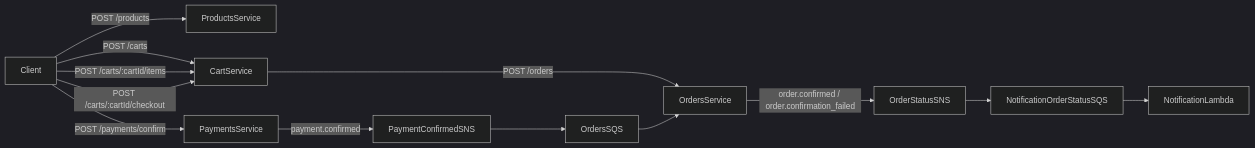
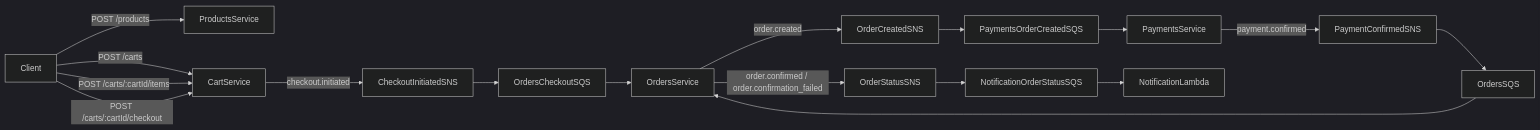
One commit to dani-pereira-dev/microservice-sns-sqs changed the second of 3 diagrams in docs/marketplace-simple-flow.md. Above: the diagram before and after it, drawn with Mermaid (dark theme). The commit also changed other lines of this file, not shown here.

Commit message:
feat: update doc flow

````diff
--- a/docs/marketplace-simple-flow.md
+++ b/docs/marketplace-simple-flow.md
@@ -106,26 +109,34 @@
 ```mermaid
 flowchart LR
   Client[Client]
   Products[ProductsService]
   Cart[CartService]
   Orders[OrdersService]
   Payments[PaymentsService]
+  CheckoutTopic[CheckoutInitiatedSNS]
+  CheckoutQueue[OrdersCheckoutSQS]
+  OrderCreatedTopic[OrderCreatedSNS]
+  PaymentsQueue[PaymentsOrderCreatedSQS]
   PaymentTopic[PaymentConfirmedSNS]
   OrdersQueue[OrdersSQS]
   OrderStatusTopic[OrderStatusSNS]
   NotifyQueue[NotificationOrderStatusSQS]
   NotifyLambda[NotificationLambda]
 
   Client -->|"POST /carts"| Cart
   Client -->|"POST /products"| Products
   Client -->|"POST /carts/:cartId/items"| Cart
   Client -->|"POST /carts/:cartId/checkout"| Cart
-  Cart -->|"POST /orders"| Orders
-  Client -->|"POST /payments/confirm"| Payments
+  Cart -->|"checkout.initiated"| CheckoutTopic
+  CheckoutTopic --> CheckoutQueue
+  CheckoutQueue --> Orders
+  Orders -->|"order.created"| OrderCreatedTopic
+  OrderCreatedTopic --> PaymentsQueue
+  PaymentsQueue --> Payments
   Payments -->|"payment.confirmed"| PaymentTopic
   PaymentTopic --> OrdersQueue
   OrdersQueue --> Orders
   Orders -->|"order.confirmed / order.confirmation_failed"| OrderStatusTopic
   OrderStatusTopic --> NotifyQueue
   NotifyQueue --> NotifyLambda
 ```
````
